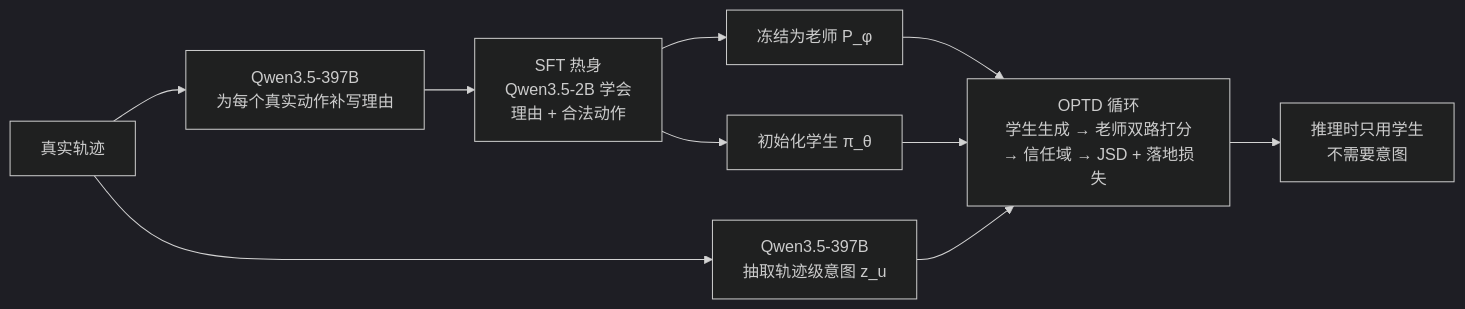
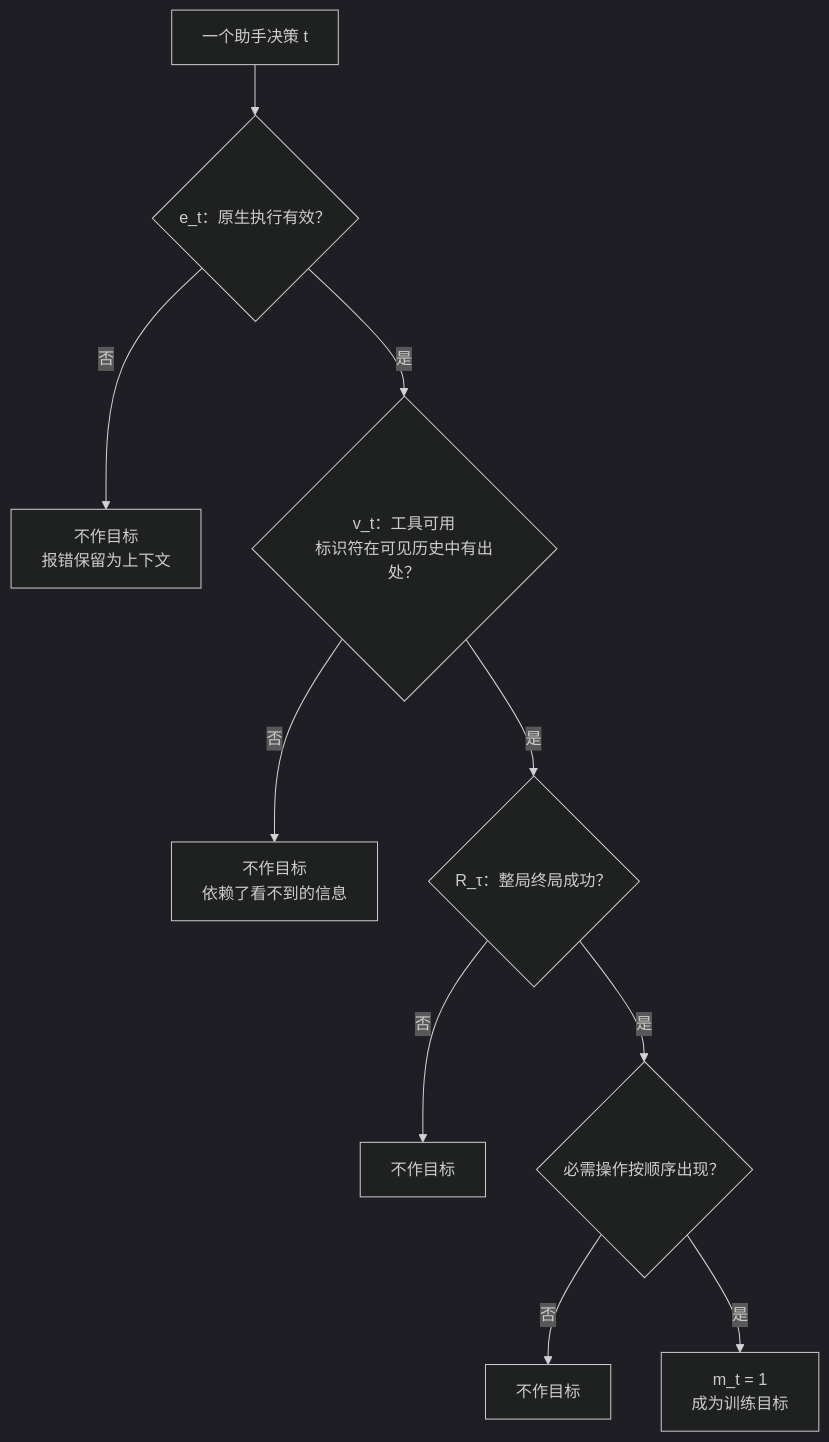
Before and after one commit to yingwang/paper-reads: the fifth of 6 diagrams in docs/index.md, drawn with Mermaid (dark theme). The commit also changed other lines of this file and 2 other files, not shown here.

````diff
--- a/docs/index.md
+++ b/docs/index.md
@@ -289,12 +172,12 @@
 ```mermaid
-flowchart LR
-    A["真实轨迹"] --> B["Qwen3.5-397B<br/>为每个真实动作补写理由"]
-    B --> C["SFT 热身<br/>Qwen3.5-2B 学会<br/>理由 + 合法动作"]
-    C --> D["冻结为老师 P_φ"]
-    C --> E["初始化学生 π_θ"]
-    A --> F["Qwen3.5-397B<br/>抽取轨迹级意图 z_u"]
-    D --> G["OPTD 循环<br/>学生生成 → 老师双路打分<br/>→ 信任域 → JSD + 落地损失"]
-    E --> G
-    F --> G
-    G --> H["推理时只用学生<br/>不需要意图"]
+flowchart TB
+    A["一个助手决策 t"] --> B{"e_t：原生执行有效？"}
+    B -->|"否"| X1["不作目标<br/>报错保留为上下文"]
+    B -->|"是"| C{"v_t：工具可用<br/>标识符在可见历史中有出处？"}
+    C -->|"否"| X2["不作目标<br/>依赖了看不到的信息"]
+    C -->|"是"| D{"R_τ：整局终局成功？"}
+    D -->|"否"| X3["不作目标"]
+    D -->|"是"| E{"必需操作按顺序出现？"}
+    E -->|"否"| X4["不作目标"]
+    E -->|"是"| OK["m_t = 1<br/>成为训练目标"]
 ```
````
